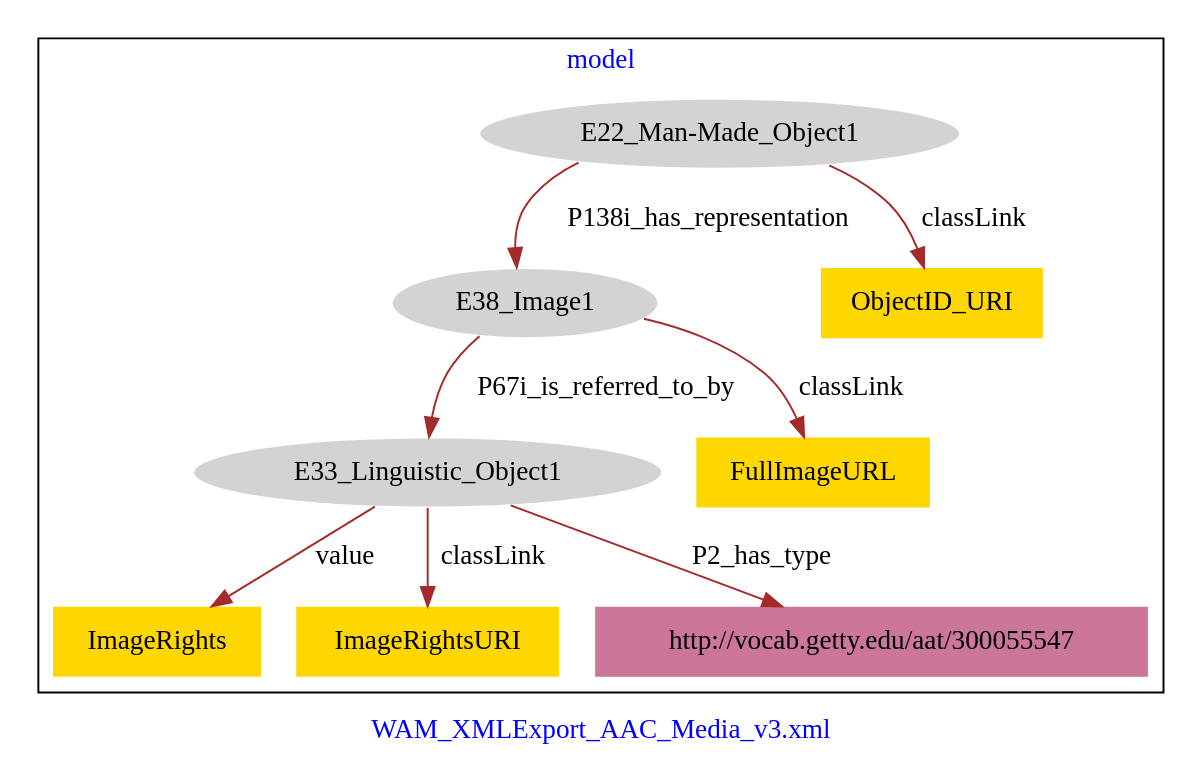
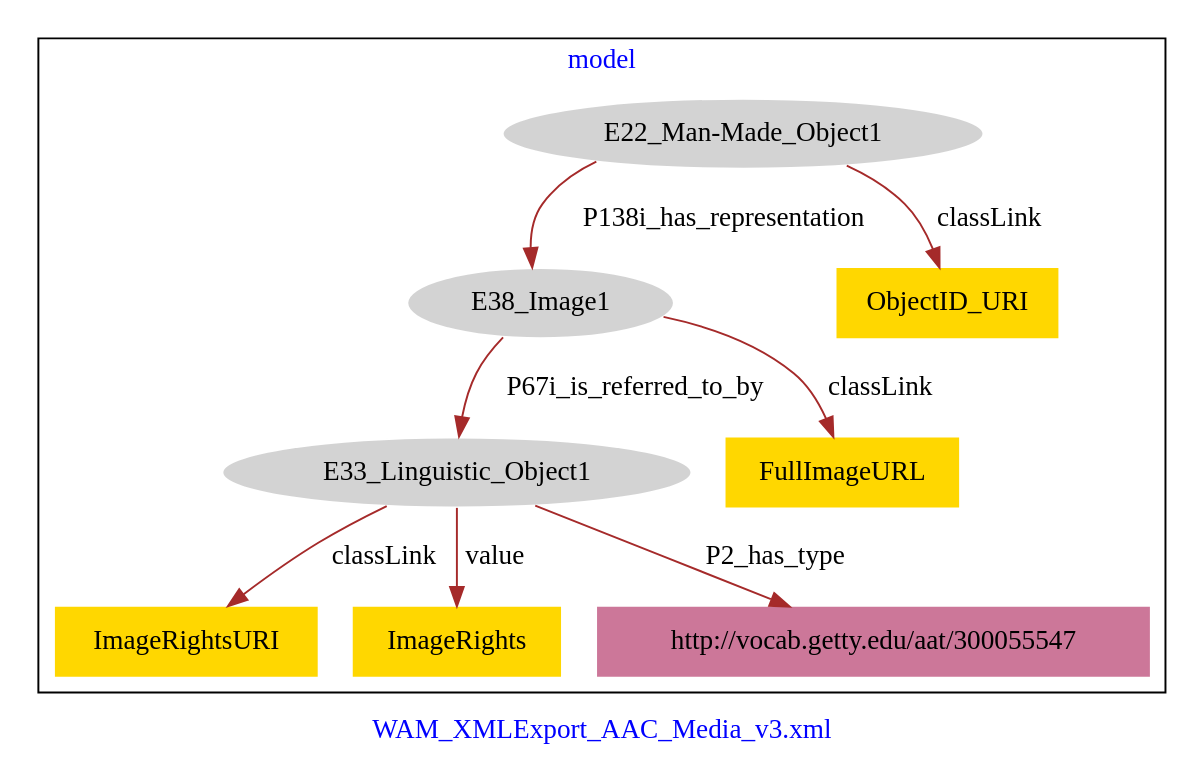
One commit to american-art/wam changed the diagram in WAM_AAC_Media/WAM_AAC_Media-model.dot. Above: the diagram before and after it, drawn with Graphviz.

Commit message:
Update file WAM_AAC_Media-model.dot

```diff
--- a/WAM_AAC_Media/WAM_AAC_Media-model.dot
+++ b/WAM_AAC_Media/WAM_AAC_Media-model.dot
@@ -1,23 +1,23 @@
 digraph n0 {
 fontcolor="blue"
 remincross="true"
 label="WAM_XMLExport_AAC_Media_v3.xml"
 subgraph cluster {
 label="model"
 n2[style="filled",color="white",fillcolor="lightgray",label="E22_Man-Made_Object1"];
 n3[style="filled",color="white",fillcolor="lightgray",label="E38_Image1"];
 n4[style="filled",color="white",fillcolor="lightgray",label="E33_Linguistic_Object1"];
-n5[shape="plaintext",style="filled",fillcolor="gold",label="ObjectID_URI"];
-n6[shape="plaintext",style="filled",fillcolor="gold",label="ImageRights"];
-n7[shape="plaintext",style="filled",fillcolor="gold",label="ImageRightsURI"];
-n8[shape="plaintext",style="filled",fillcolor="gold",label="FullImageURL"];
+n5[shape="plaintext",style="filled",fillcolor="gold",label="FullImageURL"];
+n6[shape="plaintext",style="filled",fillcolor="gold",label="ImageRightsURI"];
+n7[shape="plaintext",style="filled",fillcolor="gold",label="ObjectID_URI"];
+n8[shape="plaintext",style="filled",fillcolor="gold",label="ImageRights"];
 n9[shape="plaintext",style="filled",fillcolor="#CC7799",label="http://vocab.getty.edu/aat/300055547"];
 }
 n2 -> n3[color="brown",fontcolor="black",label="P138i_has_representation"]
 n3 -> n4[color="brown",fontcolor="black",label="P67i_is_referred_to_by"]
-n2 -> n5[color="brown",fontcolor="black",label="classLink"]
-n4 -> n6[color="brown",fontcolor="black",label="value"]
-n4 -> n7[color="brown",fontcolor="black",label="classLink"]
-n3 -> n8[color="brown",fontcolor="black",label="classLink"]
+n3 -> n5[color="brown",fontcolor="black",label="classLink"]
+n4 -> n6[color="brown",fontcolor="black",label="classLink"]
+n2 -> n7[color="brown",fontcolor="black",label="classLink"]
+n4 -> n8[color="brown",fontcolor="black",label="value"]
 n4 -> n9[color="brown",fontcolor="black",label="P2_has_type"]
 }
```
